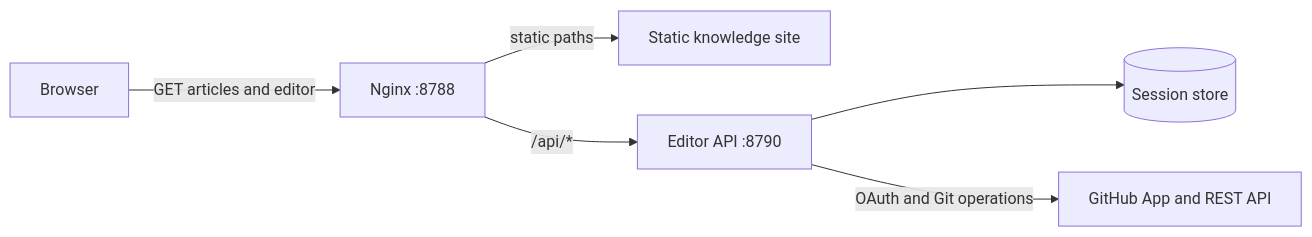
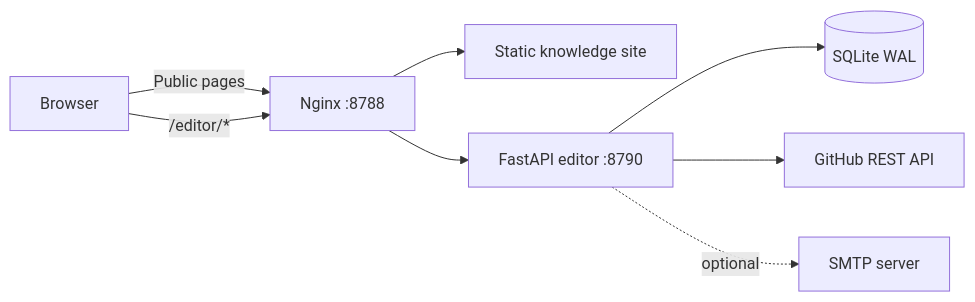
Before and after one commit to Game-Client-Knowledge/Web: the diagram in docs/web-editing-and-contribution.md, drawn with Mermaid. The commit also changed other lines of this file and 25 other files, not shown here.

````diff
--- a/docs/web-editing-and-contribution.md
+++ b/docs/web-editing-and-contribution.md
@@ -110,15 +60,18 @@
 ```mermaid
 flowchart LR
     Browser[Browser]
     Nginx[Nginx :8788]
     Static[Static knowledge site]
-    API[Editor API :8790]
-    Session[(Session store)]
-    GitHub[GitHub App and REST API]
+    API[FastAPI editor :8790]
+    DB[(SQLite WAL)]
+    GitHub[GitHub REST API]
+    SMTP[SMTP server]
 
-    Browser -->|GET articles and editor| Nginx
-    Nginx -->|static paths| Static
-    Nginx -->|/api/*| API
-    API --> Session
-    API -->|OAuth and Git operations| GitHub
+    Browser -->|Public pages| Nginx
+    Nginx --> Static
+    Browser -->|/editor/*| Nginx
+    Nginx --> API
+    API --> DB
+    API --> GitHub
+    API -. optional .-> SMTP
 ```
````
